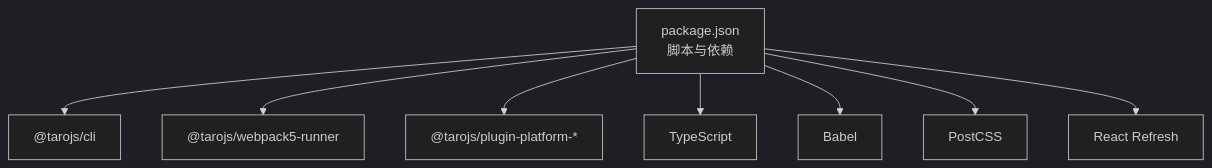
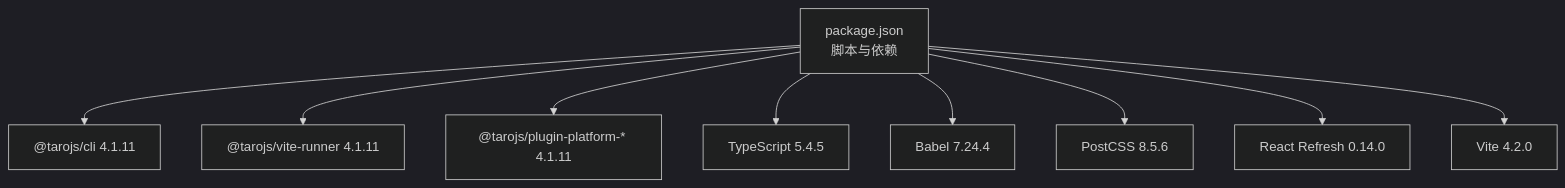
One commit to zuolinbao/redbook changed the third of 3 diagrams in .qoder/repowiki/zh/content/构建与部署/构建配置.md. Above: the diagram before and after it, drawn with Mermaid (dark theme). The commit also changed other lines of this file and 23 other files, not shown here.

````diff
--- a/.qoder/repowiki/zh/content/构建与部署/构建配置.md
+++ b/.qoder/repowiki/zh/content/构建与部署/构建配置.md
@@ -272,10 +290,11 @@
 ```mermaid
 graph TB
-P["package.json<br/>脚本与依赖"] --> CLI["@tarojs/cli"]
-P --> RUN["@tarojs/webpack5-runner"]
-P --> PLUG["@tarojs/plugin-platform-*"]
-P --> TS["TypeScript"]
-P --> B["Babel"]
-P --> PC["PostCSS"]
-P --> R["React Refresh"]
+P["package.json<br/>脚本与依赖"] --> CLI["@tarojs/cli 4.1.11"]
+P --> RUN["@tarojs/vite-runner 4.1.11"]
+P --> PLUG["@tarojs/plugin-platform-* 4.1.11"]
+P --> TS["TypeScript 5.4.5"]
+P --> B["Babel 7.24.4"]
+P --> PC["PostCSS 8.5.6"]
+P --> R["React Refresh 0.14.0"]
+P --> V["Vite 4.2.0"]
 ```
````
